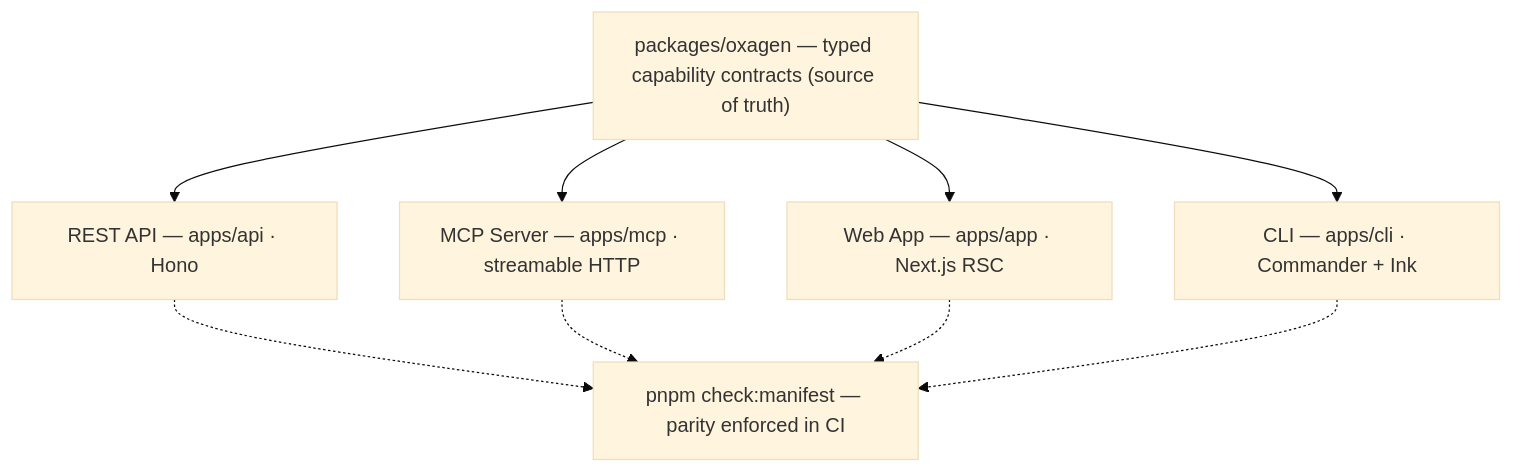
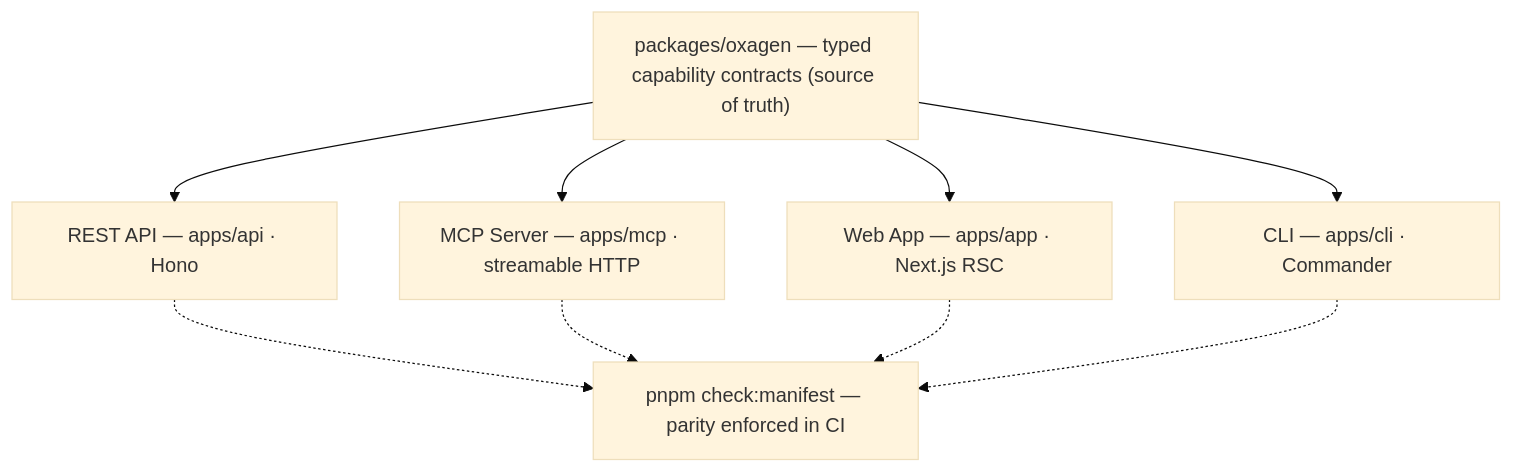
One commit to macanderson/oxagen changed the second of 2 diagrams in README.md. Above: the diagram before and after it, drawn with Mermaid (base theme). The commit also changed other lines of this file and 39 other files, not shown here.

````diff
--- a/README.md
+++ b/README.md
@@ -60,20 +60,20 @@
 ```mermaid
 graph TB
     A["packages/oxagen — typed capability contracts (source of truth)"]
 
     B["REST API — apps/api · Hono"]
     C["MCP Server — apps/mcp · streamable HTTP"]
     D["Web App — apps/app · Next.js RSC"]
-    E["CLI — apps/cli · Commander + Ink"]
+    E["CLI — apps/cli · Commander"]
 
     A --> B
     A --> C
     A --> D
     A --> E
 
     F["pnpm check:manifest — parity enforced in CI"]
     B -.-> F
     C -.-> F
     D -.-> F
     E -.-> F
 ```
````
